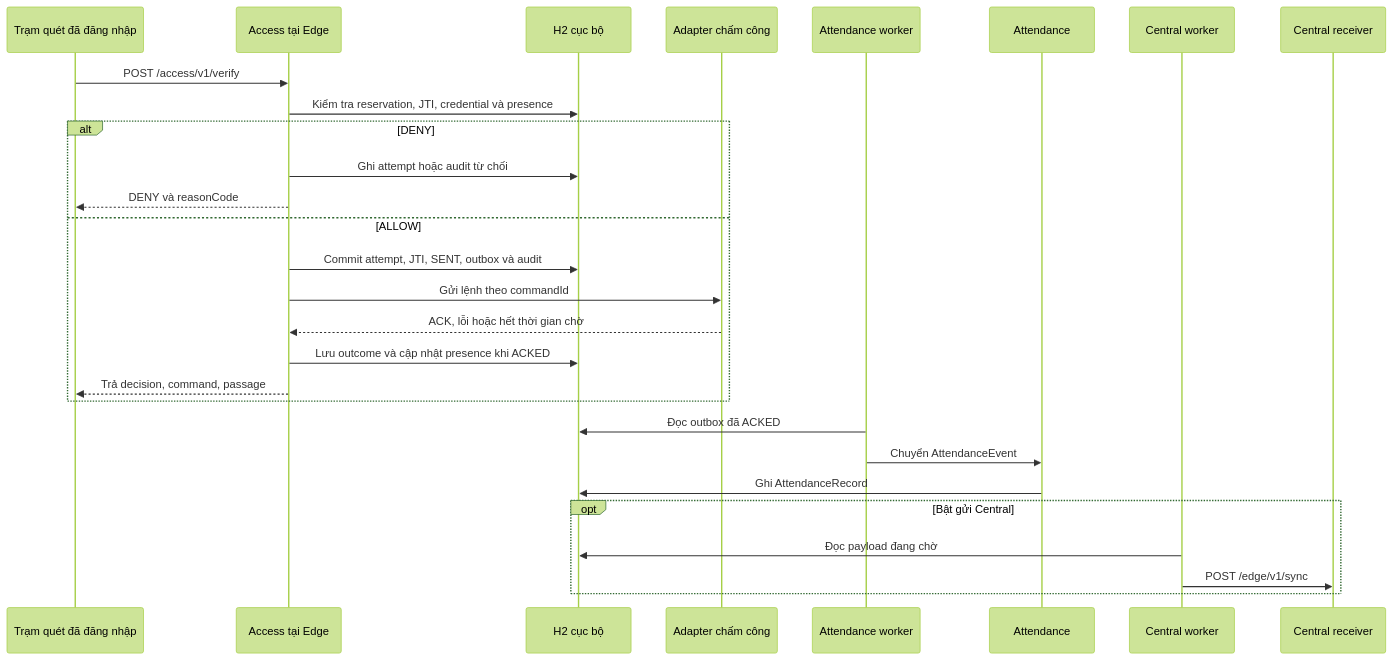
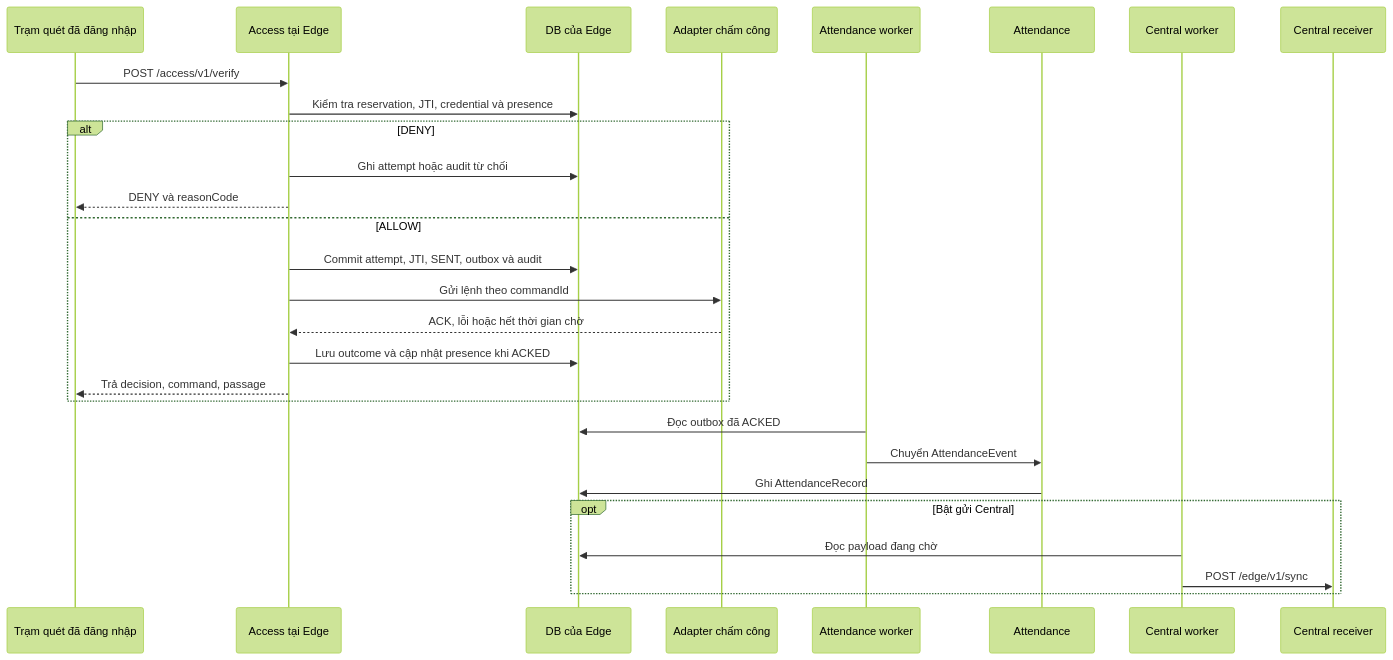
The fourth of 5 diagrams in README.md (lazy128/tmc-qr-attendance), drawn with Mermaid (forest theme) before and after one commit. The commit also changed other lines of this file and 76 other files, not shown here.

````diff
--- a/README.md
+++ b/README.md
@@ -256,31 +258,31 @@
 ```mermaid
 sequenceDiagram
     participant S as Trạm quét đã đăng nhập
     participant E as Access tại Edge
-    participant D as H2 cục bộ
+    participant D as DB của Edge
     participant G as Adapter chấm công
     participant A as Attendance worker
     participant T as Attendance
     participant C as Central worker
     participant R as Central receiver
 
     S->>E: POST /access/v1/verify
     E->>D: Kiểm tra reservation, JTI, credential và presence
     alt DENY
         E->>D: Ghi attempt hoặc audit từ chối
         E-->>S: DENY và reasonCode
     else ALLOW
         E->>D: Commit attempt, JTI, SENT, outbox và audit
         E->>G: Gửi lệnh theo commandId
         G-->>E: ACK, lỗi hoặc hết thời gian chờ
         E->>D: Lưu outcome và cập nhật presence khi ACKED
         E-->>S: Trả decision, command, passage
     end
     A->>D: Đọc outbox đã ACKED
     A->>T: Chuyển AttendanceEvent
     T->>D: Ghi AttendanceRecord
     opt Bật gửi Central
         C->>D: Đọc payload đang chờ
         C->>R: POST /edge/v1/sync
     end
 ```
````
